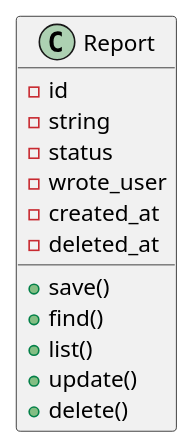
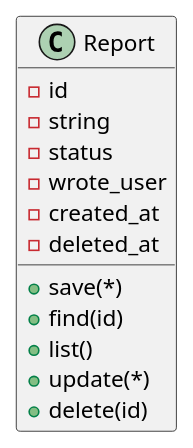
Before and after one commit to ito-masam/kpt-guard.doc: the diagram in 1.design/6.datasets/report.md, drawn with PlantUML.

Commit message:
datasetのreportを修正

```diff
--- a/1.design/6.datasets/report.md
+++ b/1.design/6.datasets/report.md
@@ -1,17 +1,17 @@
 @startuml
 
     class Report {
       - id
       - string
       - status
       - wrote_user
       - created_at
       - deleted_at
-      + save()
-      + find()
+      + save(*)
+      + find(id)
       + list()
-      + update()
-      + delete()
+      + update(*)
+      + delete(id)
     }
 
 @enduml
```
